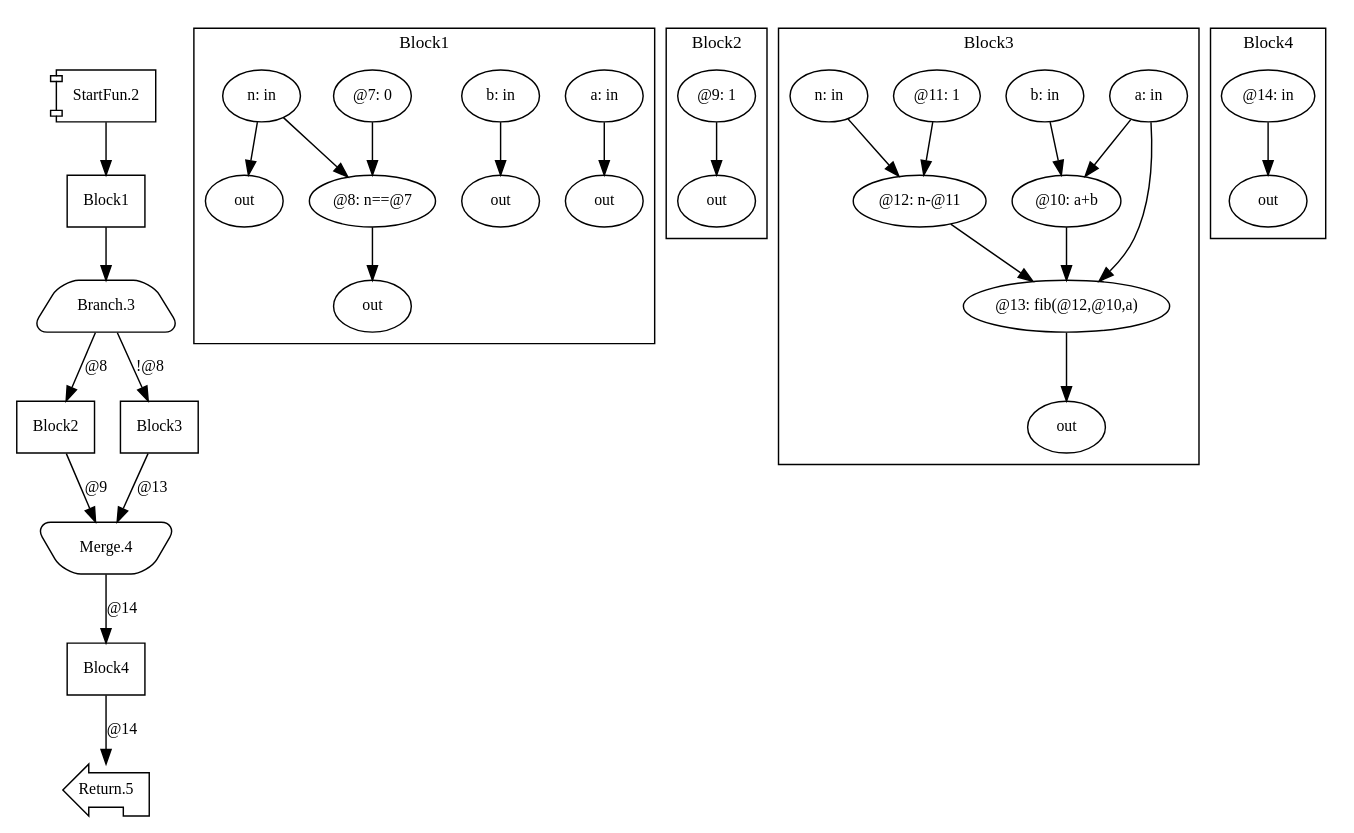
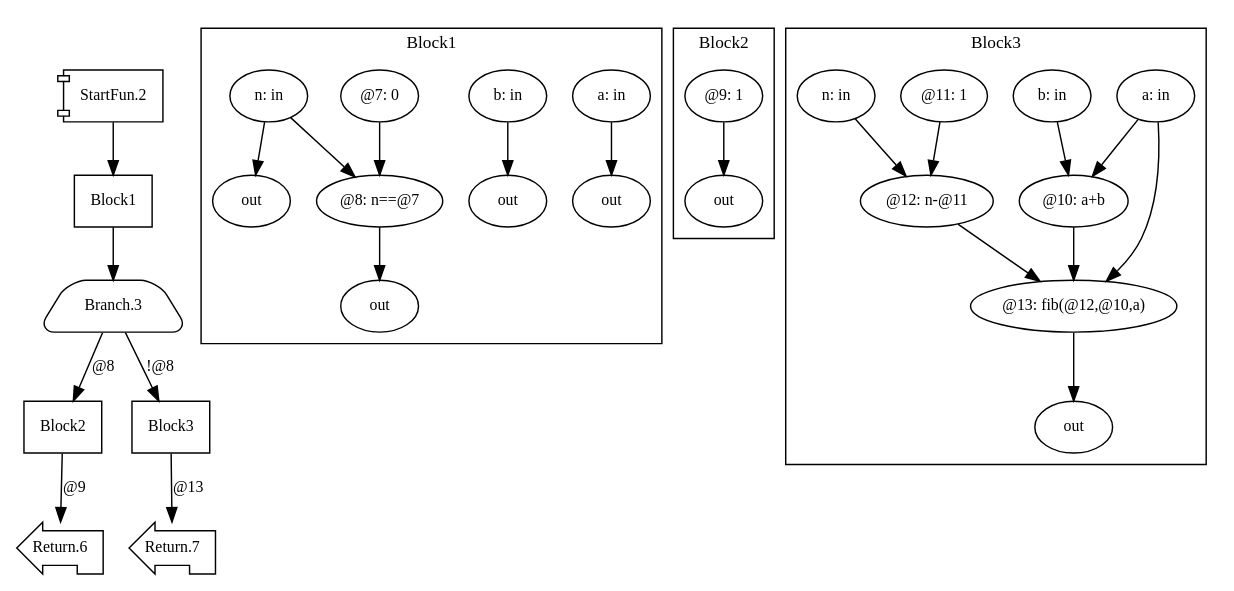
Before and after one commit to akouryy/SyntheScala: the diagram in dist/fib.dot, drawn with Graphviz. The commit also changed 4 other files, not shown here.

```diff
--- a/dist/fib.dot
+++ b/dist/fib.dot
@@ -1,35 +1,30 @@
 digraph Program_ {
 graph [fontname = "Monaco", fontsize = 12, ranksep = 0.5];
 node [shape = box, fontname = "Monaco", fontsize = 11; colorscheme = pastel19];
 edge [fontname = "Monaco", fontsize = 11; colorscheme = pastel19];
 Jump2[label = "StartFun.2"; shape = component];
 Jump2 -> Block1;
 Jump3[
   label = "Branch.3";
   shape = trapezium; style = rounded;
 ];
 Block1 -> Jump3;
 Jump3 -> Block2 [label="@8"];
 Jump3 -> Block3 [label="!@8"];
-Jump4[label = "Merge.4"; shape = invtrapezium; style = rounded];
-Block2 -> Jump4 [label="@9"];Block3 -> Jump4 [label="@13"];
-Jump4 -> Block4 [label="@14"];
-Jump5[label = "Return.5"; shape = lpromoter];
-Block4 -> Jump5 [label="@14"];
+Jump6[label = "Return.6"; shape = lpromoter];
+Block2 -> Jump6 [label="@9"];
+Jump7[label = "Return.7"; shape = lpromoter];
+Block3 -> Jump7 [label="@13"];
 Block1 [label = "Block1"];
 Block2 [label = "Block2"];
 Block3 [label = "Block3"];
-Block4 [label = "Block4"];
 subgraph cluster_dfg_Block1{
 node [shape = oval];
 label = "Block1";
 ndBlock1_0 [label="out"];ndBlock1_1 [label="@8: n==@7"];ndBlock1_2 [label="out"];ndBlock1_3 [label="a: in"];ndBlock1_4 [label="b: in"];ndBlock1_5 [label="out"];ndBlock1_6 [label="out"];ndBlock1_7 [label="@7: 0"];ndBlock1_8 [label="n: in"];ndBlock1_4 -> ndBlock1_2; ndBlock1_7 -> ndBlock1_1; ndBlock1_8 -> ndBlock1_1; ndBlock1_8 -> ndBlock1_5; ndBlock1_3 -> ndBlock1_6; ndBlock1_1 -> ndBlock1_0; }subgraph cluster_dfg_Block2{
 node [shape = oval];
 label = "Block2";
 ndBlock2_0 [label="@9: 1"];ndBlock2_1 [label="out"];ndBlock2_0 -> ndBlock2_1; }subgraph cluster_dfg_Block3{
 node [shape = oval];
 label = "Block3";
-ndBlock3_0 [label="a: in"];ndBlock3_1 [label="b: in"];ndBlock3_2 [label="@10: a+b"];ndBlock3_3 [label="out"];ndBlock3_4 [label="@11: 1"];ndBlock3_5 [label="@12: n-@11"];ndBlock3_6 [label="@13: fib(@12,@10,a)"];ndBlock3_7 [label="n: in"];ndBlock3_4 -> ndBlock3_5; ndBlock3_7 -> ndBlock3_5; ndBlock3_0 -> ndBlock3_6; ndBlock3_2 -> ndBlock3_6; ndBlock3_5 -> ndBlock3_6; ndBlock3_0 -> ndBlock3_2; ndBlock3_1 -> ndBlock3_2; ndBlock3_6 -> ndBlock3_3; }subgraph cluster_dfg_Block4{
-node [shape = oval];
-label = "Block4";
-ndBlock4_0 [label="@14: in"];ndBlock4_1 [label="out"];ndBlock4_0 -> ndBlock4_1; }}
+ndBlock3_0 [label="a: in"];ndBlock3_1 [label="b: in"];ndBlock3_2 [label="@10: a+b"];ndBlock3_3 [label="out"];ndBlock3_4 [label="@11: 1"];ndBlock3_5 [label="@12: n-@11"];ndBlock3_6 [label="@13: fib(@12,@10,a)"];ndBlock3_7 [label="n: in"];ndBlock3_4 -> ndBlock3_5; ndBlock3_7 -> ndBlock3_5; ndBlock3_0 -> ndBlock3_6; ndBlock3_2 -> ndBlock3_6; ndBlock3_5 -> ndBlock3_6; ndBlock3_0 -> ndBlock3_2; ndBlock3_1 -> ndBlock3_2; ndBlock3_6 -> ndBlock3_3; }}
```
